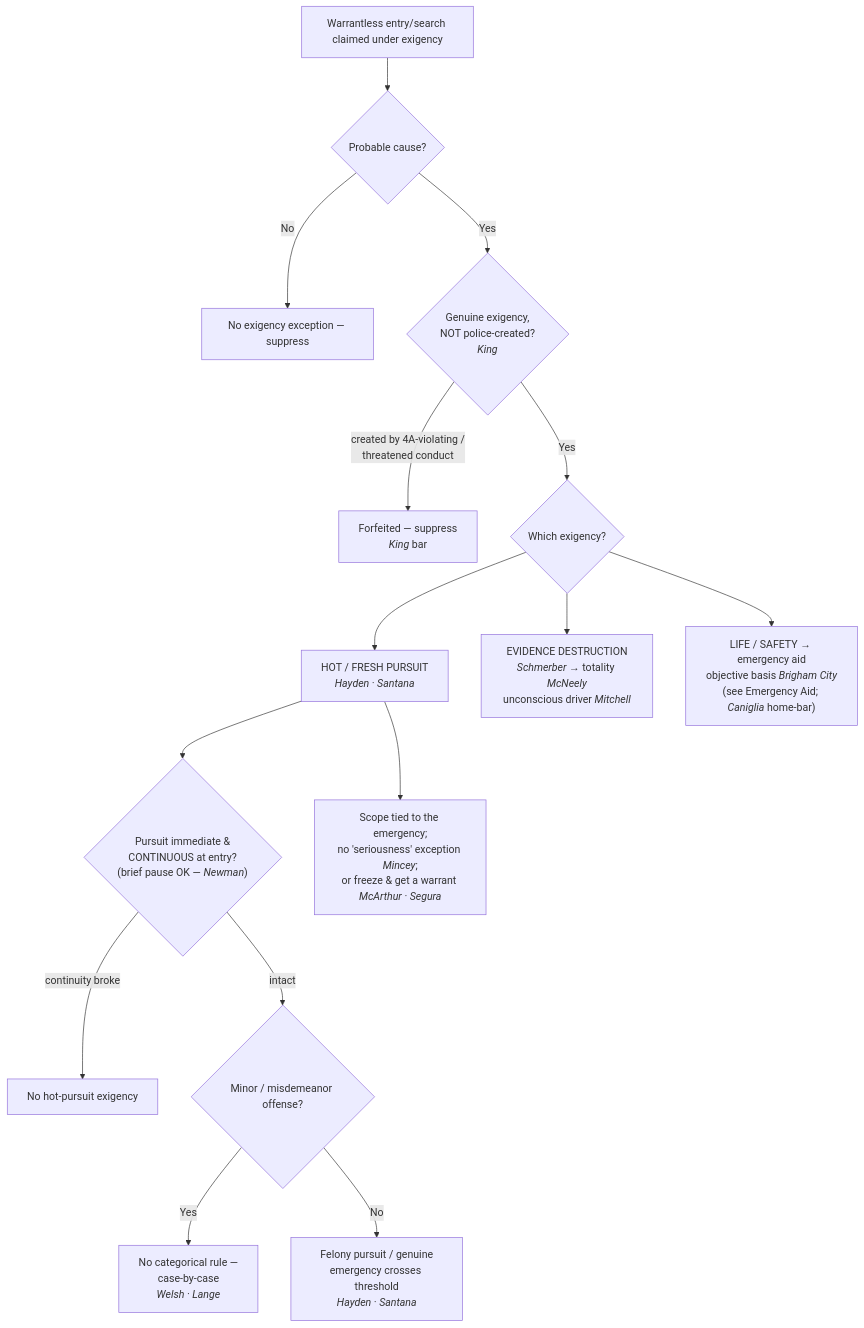
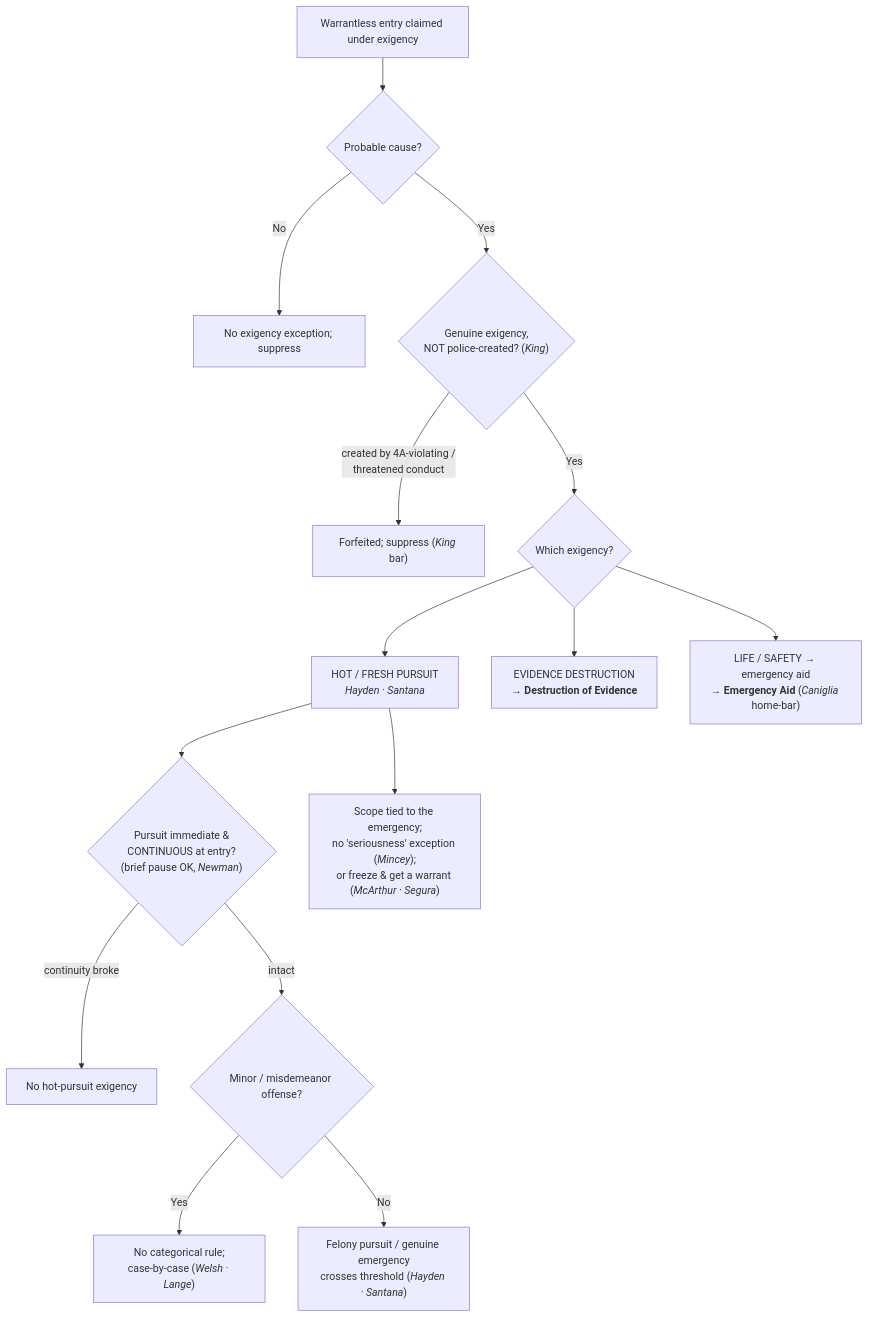
One commit to Enragedsaturday/enragedsaturday.github.io changed the diagram in content/warrant-exceptions/home-entry-and-search/Exigent Circumstances and Hot Pursuit.md. Above: the diagram before and after it, drawn with Mermaid. The commit also changed other lines of this file and 20 other files, not shown here.

````diff
--- a/content/warrant-exceptions/home-entry-and-search/Exigent Circumstances and Hot Pursuit.md
+++ b/content/warrant-exceptions/home-entry-and-search/Exigent Circumstances and Hot Pursuit.md
@@ -82,17 +106,17 @@
 ```mermaid
 flowchart TD
-  A["Warrantless entry/search claimed under exigency"] --> PC{"Probable cause?"}
-  PC -->|No| X0["No exigency exception — suppress"]
-  PC -->|Yes| B{"Genuine exigency,<br/>NOT police-created?<br/><i>King</i>"}
-  B -->|"created by 4A-violating /<br/>threatened conduct"| X1["Forfeited — suppress<br/><i>King</i> bar"]
+  A["Warrantless entry claimed under exigency"] --> PC{"Probable cause?"}
+  PC -->|No| X0["No exigency exception; suppress"]
+  PC -->|Yes| B{"Genuine exigency,<br/>NOT police-created? (<i>King</i>)"}
+  B -->|"created by 4A-violating /<br/>threatened conduct"| X1["Forfeited; suppress (<i>King</i> bar)"]
   B -->|Yes| C{"Which exigency?"}
   C --> D["HOT / FRESH PURSUIT<br/><i>Hayden · Santana</i>"]
-  C --> E["EVIDENCE DESTRUCTION<br/><i>Schmerber</i> → totality <i>McNeely</i><br/>unconscious driver <i>Mitchell</i>"]
-  C --> F["LIFE / SAFETY → emergency aid<br/>objective basis <i>Brigham City</i><br/>(see Emergency Aid; <i>Caniglia</i> home-bar)"]
-  D --> CONT{"Pursuit immediate &<br/>CONTINUOUS at entry?<br/>(brief pause OK — <i>Newman</i>)"}
+  C --> E["EVIDENCE DESTRUCTION<br/>&rarr; <b>Destruction of Evidence</b>"]
+  C --> F["LIFE / SAFETY &rarr; emergency aid<br/>&rarr; <b>Emergency Aid</b> (<i>Caniglia</i> home-bar)"]
+  D --> CONT{"Pursuit immediate &amp;<br/>CONTINUOUS at entry?<br/>(brief pause OK, <i>Newman</i>)"}
   CONT -->|"continuity broke"| X2["No hot-pursuit exigency"]
   CONT -->|"intact"| G{"Minor / misdemeanor offense?"}
-  G -->|Yes| H["No categorical rule —<br/>case-by-case<br/><i>Welsh · Lange</i>"]
-  G -->|No| I["Felony pursuit / genuine<br/>emergency crosses threshold<br/><i>Hayden · Santana</i>"]
-  D --> SCOPE["Scope tied to the emergency;<br/>no 'seriousness' exception <i>Mincey</i>;<br/>or freeze & get a warrant <i>McArthur · Segura</i>"]
+  G -->|Yes| H["No categorical rule;<br/>case-by-case (<i>Welsh · Lange</i>)"]
+  G -->|No| I["Felony pursuit / genuine emergency<br/>crosses threshold (<i>Hayden · Santana</i>)"]
+  D --> SCOPE["Scope tied to the emergency;<br/>no 'seriousness' exception (<i>Mincey</i>);<br/>or freeze &amp; get a warrant (<i>McArthur · Segura</i>)"]
 ```
````
